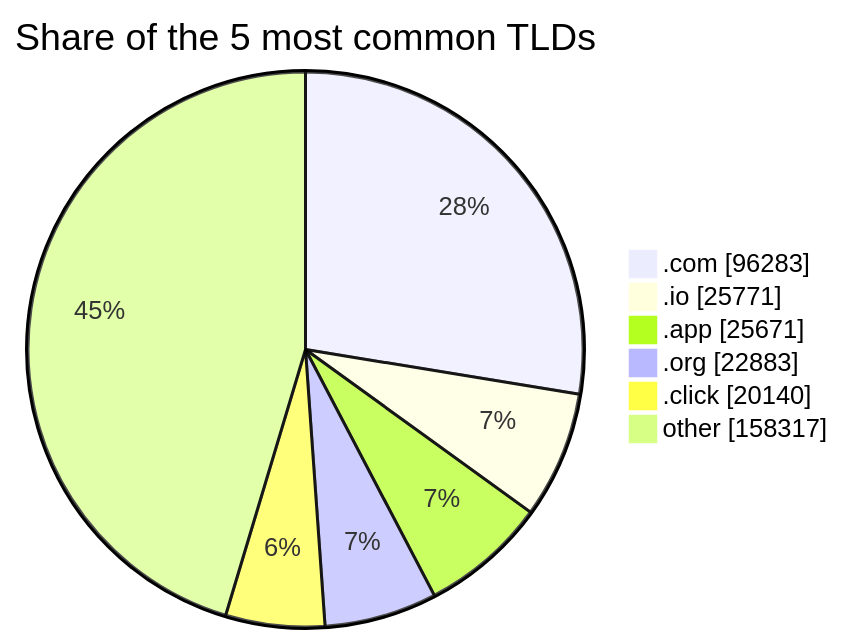
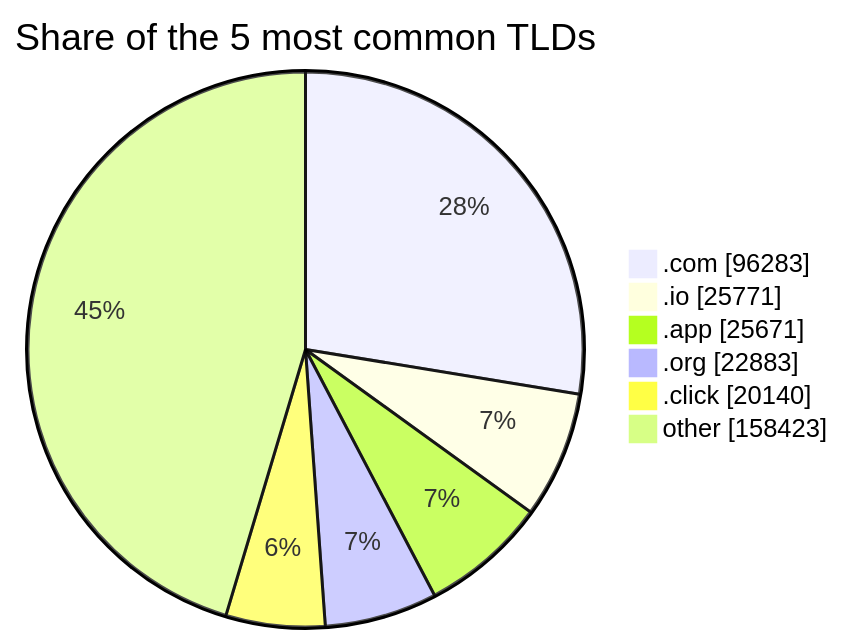
Before and after one commit to DNSBunker/CTI: the third of 3 diagrams in README.md, drawn with Mermaid. The commit also changed other lines of this file and 3 other files, not shown here.

````diff
--- a/README.md
+++ b/README.md
@@ -81,9 +81,9 @@
 ```mermaid
 pie showData title Share of the 5 most common TLDs
     ".com" : 96283
     ".io" : 25771
     ".app" : 25671
     ".org" : 22883
     ".click" : 20140
-    "other" : 158317
+    "other" : 158423
 ```
````
